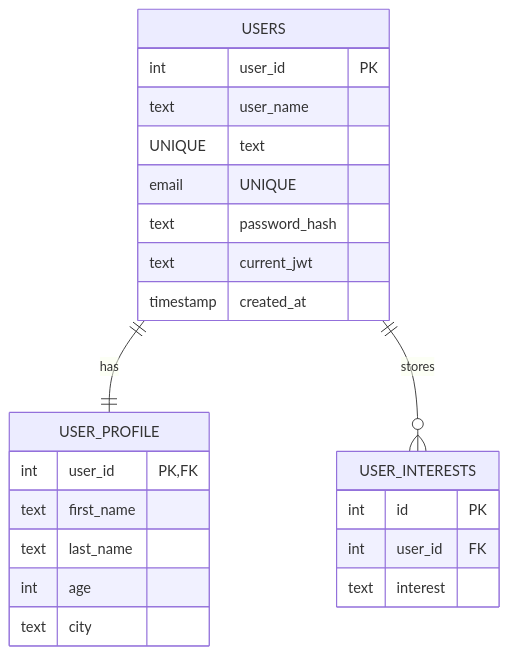
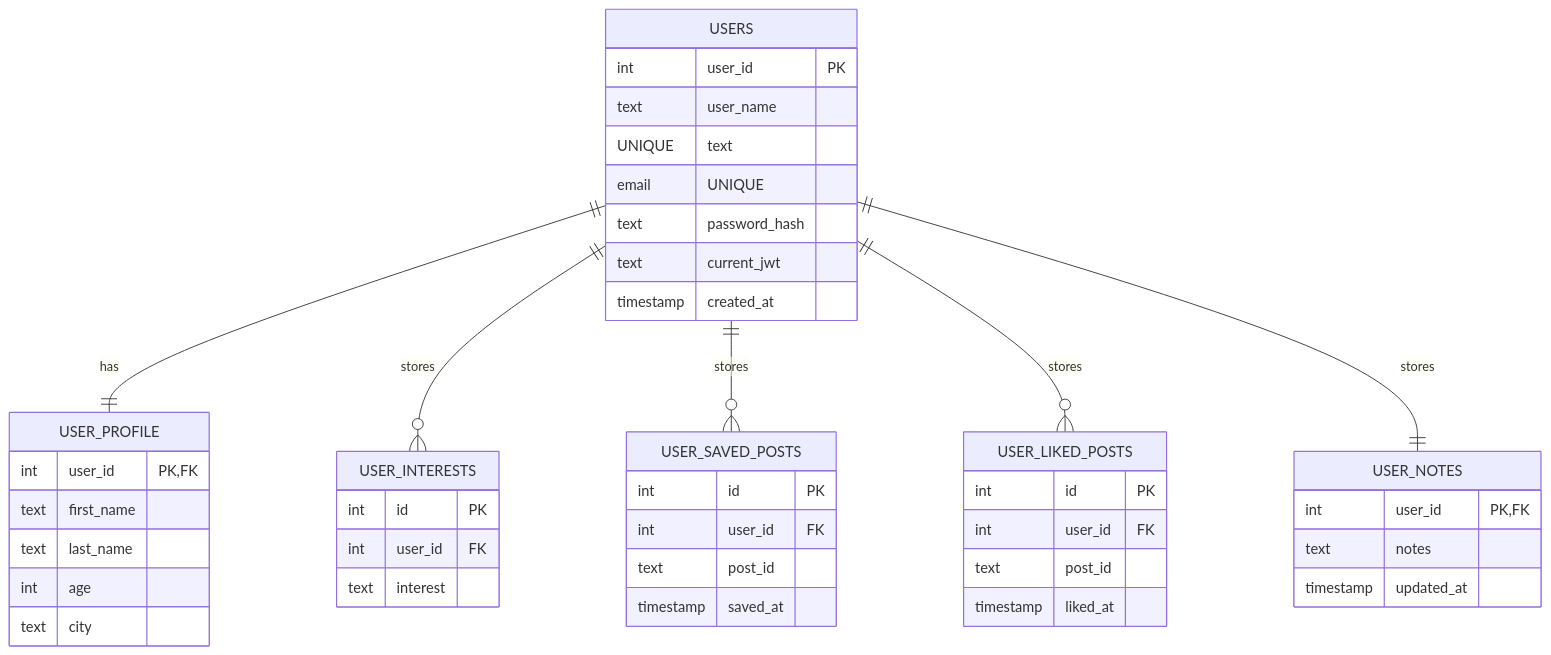
Before and after one commit to ipvHEEL/LearnixAI: the diagram in backend/ER_DIAGRAM.md, drawn with Mermaid. The commit also changed other lines of this file and 5 other files, not shown here.

````diff
--- a/backend/ER_DIAGRAM.md
+++ b/backend/ER_DIAGRAM.md
@@ -3,28 +3,51 @@
 ```mermaid
 erDiagram
     USERS ||--|| USER_PROFILE : has
     USERS ||--o{ USER_INTERESTS : stores
+    USERS ||--o{ USER_SAVED_POSTS : stores
+    USERS ||--o{ USER_LIKED_POSTS : stores
+    USERS ||--|| USER_NOTES : stores
 
     USERS {
       int user_id PK
       text user_name UNIQUE
       text email UNIQUE
       text password_hash
       text current_jwt
       timestamp created_at
     }
 
     USER_PROFILE {
       int user_id PK, FK
       text first_name
       text last_name
       int age
       text city
     }
 
     USER_INTERESTS {
       int id PK
       int user_id FK
       text interest
     }
+
+    USER_SAVED_POSTS {
+      int id PK
+      int user_id FK
+      text post_id
+      timestamp saved_at
+    }
+
+    USER_LIKED_POSTS {
+      int id PK
+      int user_id FK
+      text post_id
+      timestamp liked_at
+    }
+
+    USER_NOTES {
+      int user_id PK, FK
+      text notes
+      timestamp updated_at
+    }
 ```
````
